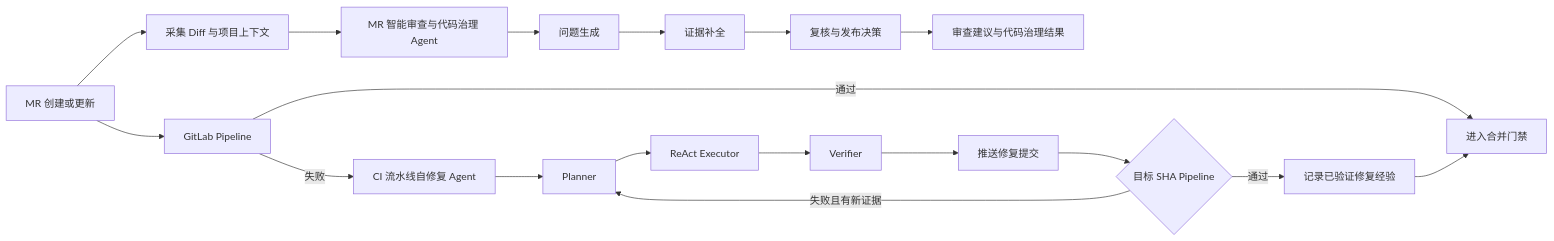
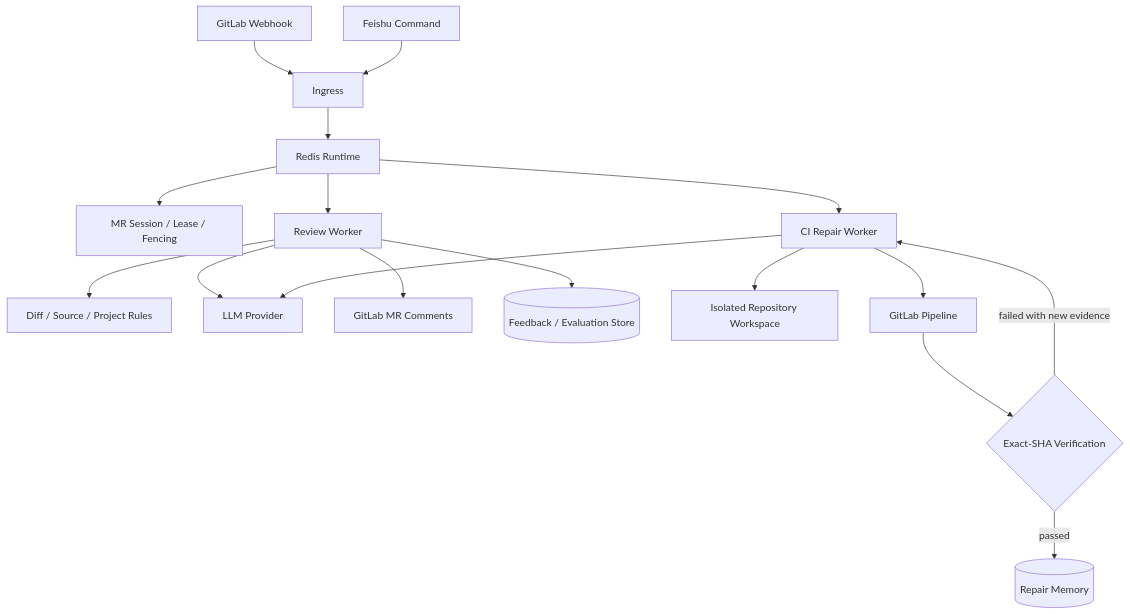
Before and after one commit to ZJunCher/mr-agent: the diagram in README.md, drawn with Mermaid. The commit also changed other lines of this file, not shown here.

Commit message:
docs: rewrite technical project overview

````diff
--- a/README.md
+++ b/README.md
@@ -27,21 +29,22 @@
 ```mermaid
-flowchart LR
-    A[MR 创建或更新] --> B[采集 Diff 与项目上下文]
-    B --> C[MR 智能审查与代码治理 Agent]
-    C --> C1[问题生成]
-    C1 --> C2[证据补全]
-    C2 --> C3[复核与发布决策]
-    C3 --> D[审查建议与代码治理结果]
+flowchart TB
+    GL[GitLab Webhook] --> IN[Ingress]
+    FS[Feishu Command] --> IN
+    IN --> RT[Redis Runtime]
 
-    A --> E[GitLab Pipeline]
-    E -->|通过| F[进入合并门禁]
-    E -->|失败| G[CI 流水线自修复 Agent]
-    G --> G1[Planner]
-    G1 --> G2[ReAct Executor]
-    G2 --> G3[Verifier]
-    G3 --> H[推送修复提交]
-    H --> I{目标 SHA Pipeline}
-    I -->|失败且有新证据| G1
-    I -->|通过| J[记录已验证修复经验]
-    J --> F
+    RT --> SESSION[MR Session / Lease / Fencing]
+    RT --> REVIEW[Review Worker]
+    RT --> REPAIR[CI Repair Worker]
+
+    REVIEW --> CONTEXT[Diff / Source / Project Rules]
+    REVIEW --> LLM[LLM Provider]
+    REVIEW --> MR[GitLab MR Comments]
+    REVIEW --> FEEDBACK[(Feedback / Evaluation Store)]
+
+    REPAIR --> WORKSPACE[Isolated Repository Workspace]
+    REPAIR --> LLM
+    REPAIR --> PIPELINE[GitLab Pipeline]
+    PIPELINE --> VERIFY{Exact-SHA Verification}
+    VERIFY -->|failed with new evidence| REPAIR
+    VERIFY -->|passed| MEMORY[(Repair Memory)]
 ```
````
